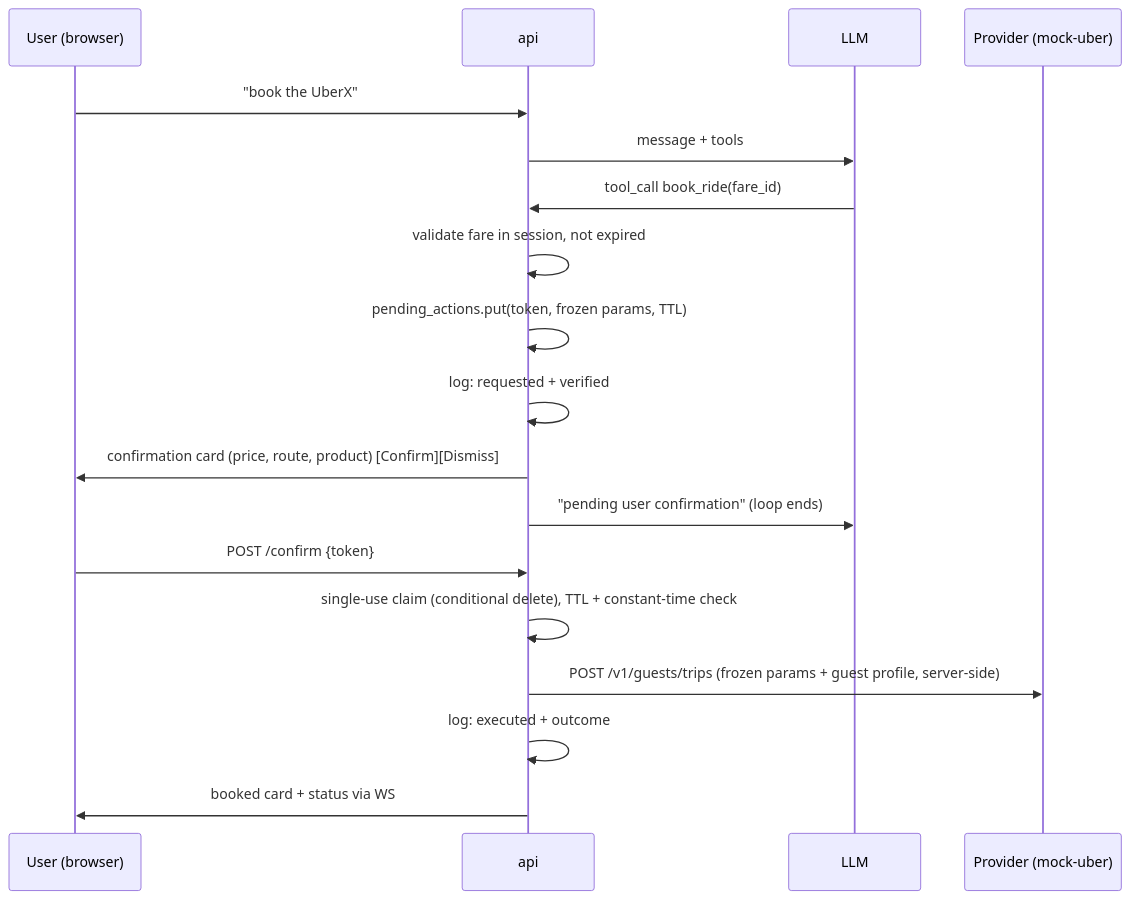
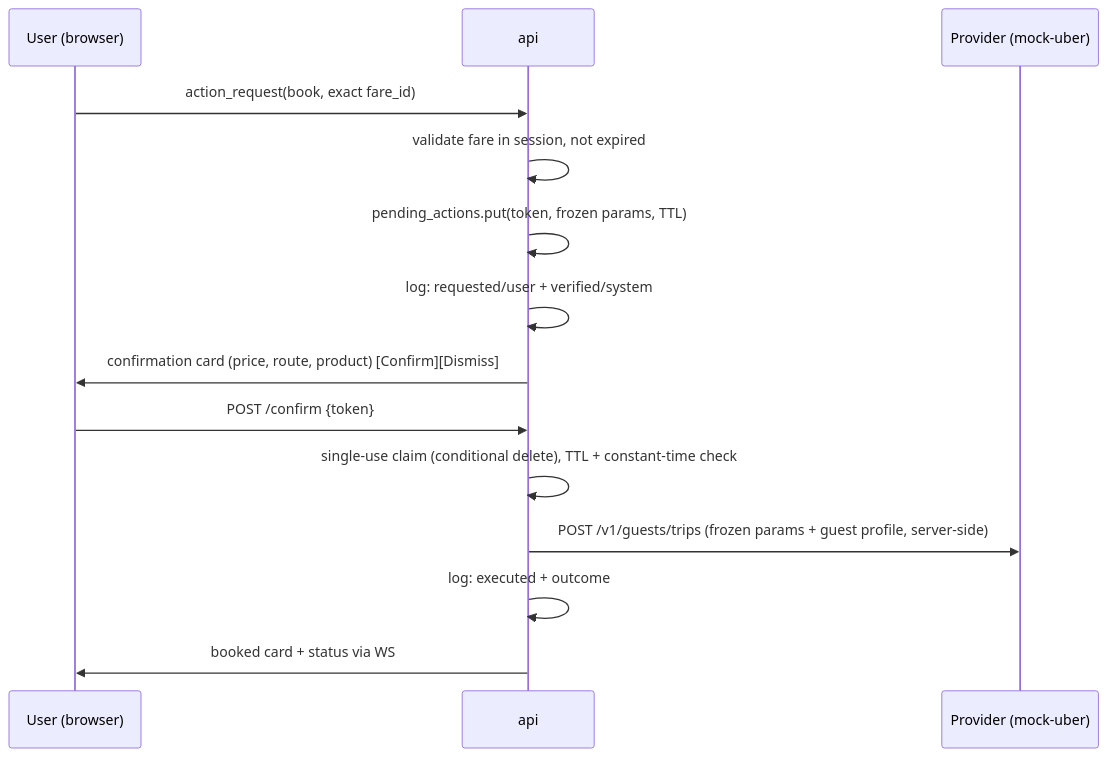
Before and after one commit to vince-e10/route-buddy: the second of 2 diagrams in docs/design.md, drawn with Mermaid. The commit also changed other lines of this file and 20 other files, not shown here.

````diff
--- a/docs/design.md
+++ b/docs/design.md
@@ -284,20 +280,16 @@
 ```mermaid
 sequenceDiagram
     participant U as User (browser)
     participant A as api
-    participant L as LLM
     participant P as Provider (mock-uber)
-    U->>A: "book the UberX"
-    A->>L: message + tools
-    L->>A: tool_call book_ride(fare_id)
+    U->>A: action_request(book, exact fare_id)
     A->>A: validate fare in session, not expired
     A->>A: pending_actions.put(token, frozen params, TTL)
-    A->>A: log: requested + verified
+    A->>A: log: requested/user + verified/system
     A->>U: confirmation card (price, route, product) [Confirm][Dismiss]
-    A->>L: "pending user confirmation" (loop ends)
     U->>A: POST /confirm {token}
     A->>A: single-use claim (conditional delete), TTL + constant-time check
     A->>P: POST /v1/guests/trips (frozen params + guest profile, server-side)
     A->>A: log: executed + outcome
     A->>U: booked card + status via WS
 ```
````
